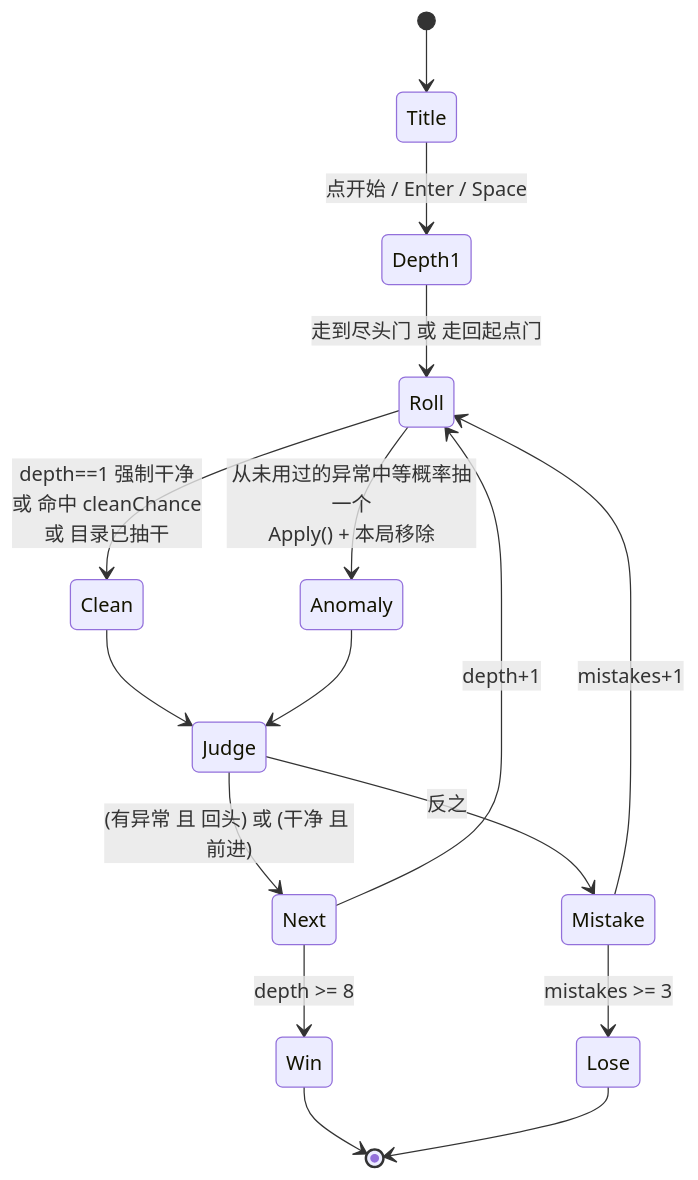
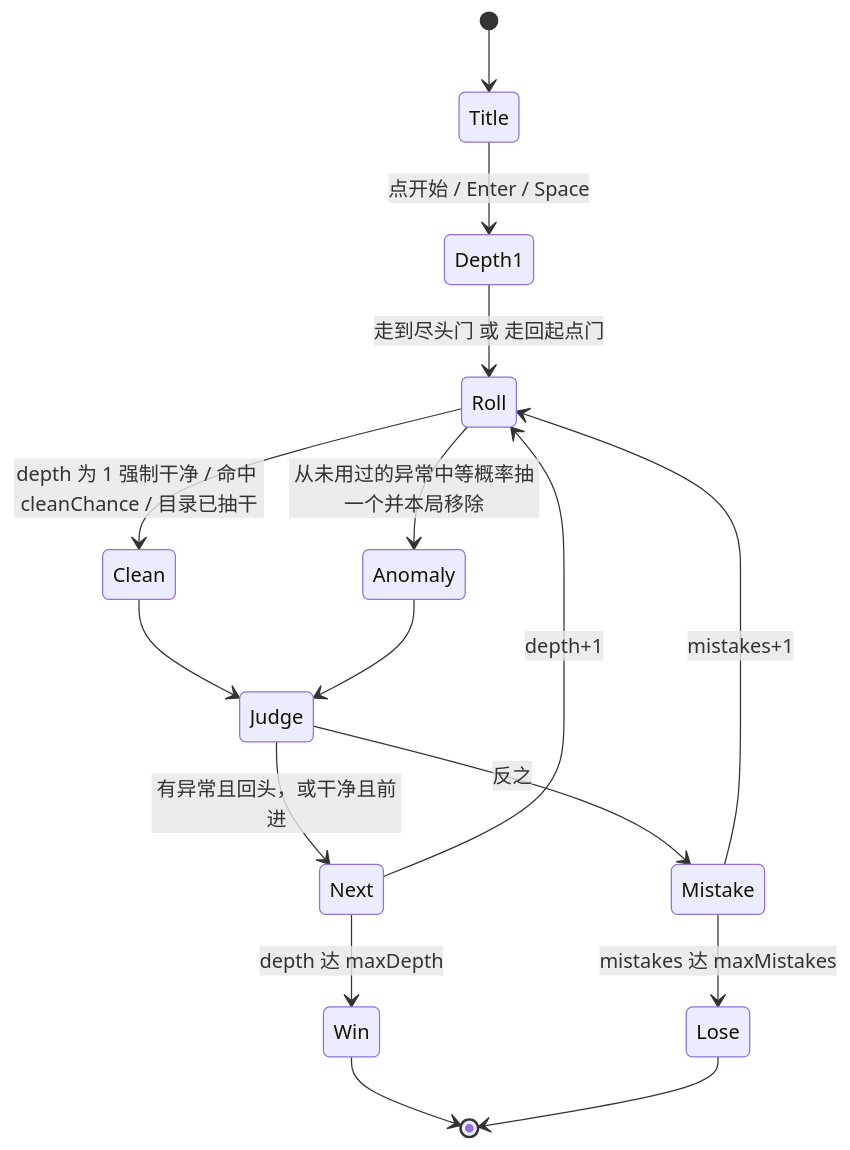
The fourth of 5 diagrams in docs/ARCHITECTURE.md (highho/dreamcore), drawn with Mermaid before and after one commit. The commit also changed other lines of this file, not shown here.

Commit message:
docs: 修 Mermaid 语法风险（虚线标签加引号、状态图去 br/与>=与行首括号）

````diff
--- a/docs/ARCHITECTURE.md
+++ b/docs/ARCHITECTURE.md
@@ -214,18 +214,18 @@
 ```mermaid
 stateDiagram-v2
   [*] --> Title
   Title --> Depth1: 点开始 / Enter / Space
   Depth1 --> Roll: 走到尽头门 或 走回起点门
-  Roll --> Clean: depth==1 强制干净<br/>或 命中 cleanChance<br/>或 目录已抽干
-  Roll --> Anomaly: 从未用过的异常中等概率抽一个<br/>Apply() + 本局移除
+  Roll --> Clean: depth 为 1 强制干净 / 命中 cleanChance / 目录已抽干
+  Roll --> Anomaly: 从未用过的异常中等概率抽一个并本局移除
   Clean --> Judge
   Anomaly --> Judge
-  Judge --> Next: (有异常 且 回头) 或 (干净 且 前进)
+  Judge --> Next: 有异常且回头，或干净且前进
   Judge --> Mistake: 反之
   Next --> Roll: depth+1
   Mistake --> Roll: mistakes+1
-  Next --> Win: depth >= 8
-  Mistake --> Lose: mistakes >= 3
+  Next --> Win: depth 达 maxDepth
+  Mistake --> Lose: mistakes 达 maxMistakes
   Win --> [*]
   Lose --> [*]
 ```
````
